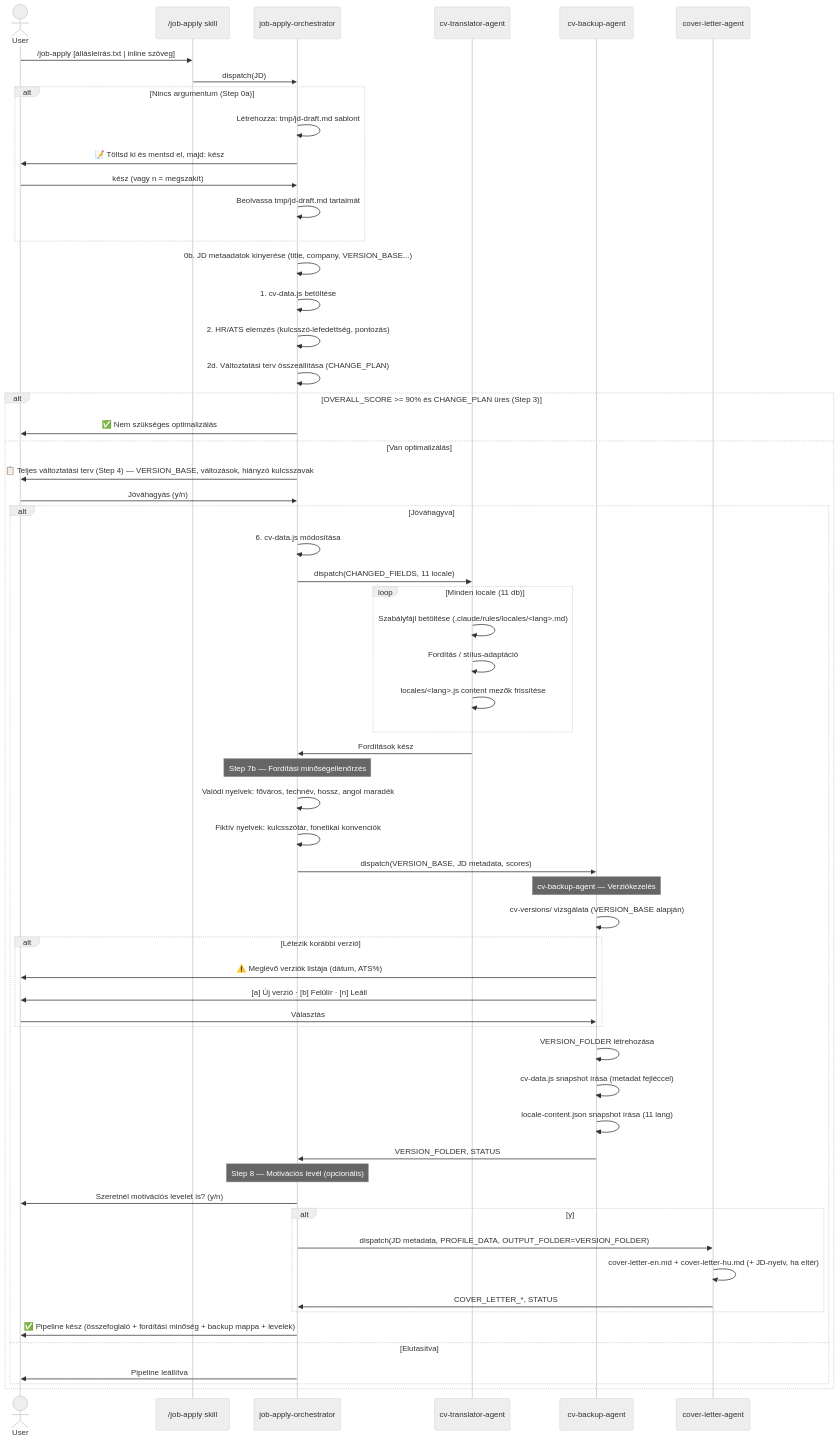
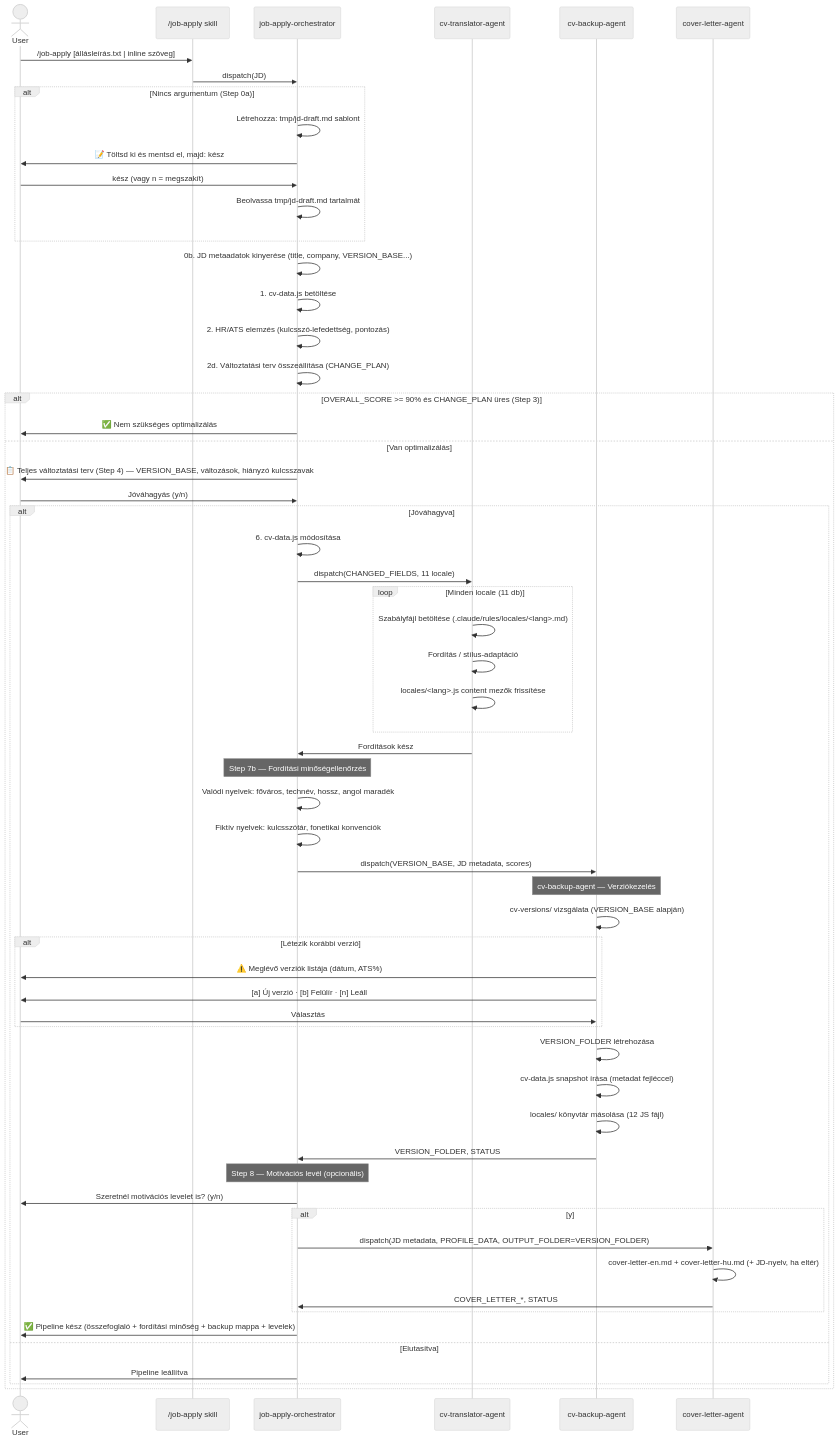
Before and after one commit to exphoenee/CV: the second of 5 diagrams in devdocs/ai-workflow.md, drawn with Mermaid (neutral theme). The commit also changed other lines of this file and 6 other files, not shown here.

````diff
--- a/devdocs/ai-workflow.md
+++ b/devdocs/ai-workflow.md
@@ -111,76 +111,76 @@
 ```mermaid
 sequenceDiagram
     actor User
     participant JA as /job-apply skill
     participant JAO as job-apply-orchestrator
     participant CTA as cv-translator-agent
     participant CBA as cv-backup-agent
     participant CLA as cover-letter-agent
 
     User->>JA: /job-apply [állásleírás.txt | inline szöveg]
     JA->>JAO: dispatch(JD)
 
     alt Nincs argumentum (Step 0a)
         JAO->>JAO: Létrehozza: tmp/jd-draft.md sablont
         JAO->>User: 📝 Töltsd ki és mentsd el, majd: kész
         User->>JAO: kész (vagy n = megszakít)
         JAO->>JAO: Beolvassa tmp/jd-draft.md tartalmát
     end
 
     JAO->>JAO: 0b. JD metaadatok kinyerése (title, company, VERSION_BASE...)
     JAO->>JAO: 1. cv-data.js betöltése
     JAO->>JAO: 2. HR/ATS elemzés (kulcsszó-lefedettség, pontozás)
     JAO->>JAO: 2d. Változtatási terv összeállítása (CHANGE_PLAN)
 
     alt OVERALL_SCORE >= 90% és CHANGE_PLAN üres (Step 3)
         JAO->>User: ✅ Nem szükséges optimalizálás
     else Van optimalizálás
         JAO->>User: 📋 Teljes változtatási terv (Step 4) — VERSION_BASE, változások, hiányzó kulcsszavak
         User->>JAO: Jóváhagyás (y/n)
 
         alt Jóváhagyva
             JAO->>JAO: 6. cv-data.js módosítása
             JAO->>CTA: dispatch(CHANGED_FIELDS, 11 locale)
 
             loop Minden locale (11 db)
                 CTA->>CTA: Szabályfájl betöltése (.claude/rules/locales/<lang>.md)
                 CTA->>CTA: Fordítás / stílus-adaptáció
                 CTA->>CTA: locales/<lang>.js content mezők frissítése
             end
 
             CTA->>JAO: Fordítások kész
 
             Note over JAO: Step 7b — Fordítási minőségellenőrzés
             JAO->>JAO: Valódi nyelvek: főváros, technév, hossz, angol maradék
             JAO->>JAO: Fiktív nyelvek: kulcsszótár, fonetikai konvenciók
 
             JAO->>CBA: dispatch(VERSION_BASE, JD metadata, scores)
 
             Note over CBA: cv-backup-agent — Verziókezelés
             CBA->>CBA: cv-versions/ vizsgálata (VERSION_BASE alapján)
 
             alt Létezik korábbi verzió
                 CBA->>User: ⚠️ Meglévő verziók listája (dátum, ATS%)
                 CBA->>User: [a] Új verzió · [b] Felülír · [n] Leáll
                 User->>CBA: Választás
             end
 
             CBA->>CBA: VERSION_FOLDER létrehozása
             CBA->>CBA: cv-data.js snapshot írása (metadat fejléccel)
-            CBA->>CBA: locale-content.json snapshot írása (11 lang)
+            CBA->>CBA: locales/ könyvtár másolása (12 JS fájl)
             CBA->>JAO: VERSION_FOLDER, STATUS
 
             Note over JAO: Step 8 — Motivációs levél (opcionális)
             JAO->>User: Szeretnél motivációs levelet is? (y/n)
             alt y
                 JAO->>CLA: dispatch(JD metadata, PROFILE_DATA, OUTPUT_FOLDER=VERSION_FOLDER)
                 CLA->>CLA: cover-letter-en.md + cover-letter-hu.md (+ JD-nyelv, ha eltér)
                 CLA->>JAO: COVER_LETTER_*, STATUS
             end
 
             JAO->>User: ✅ Pipeline kész (összefoglaló + fordítási minőség + backup mappa + levelek)
         else Elutasítva
             JAO->>User: Pipeline leállítva
         end
     end
 ```
````
